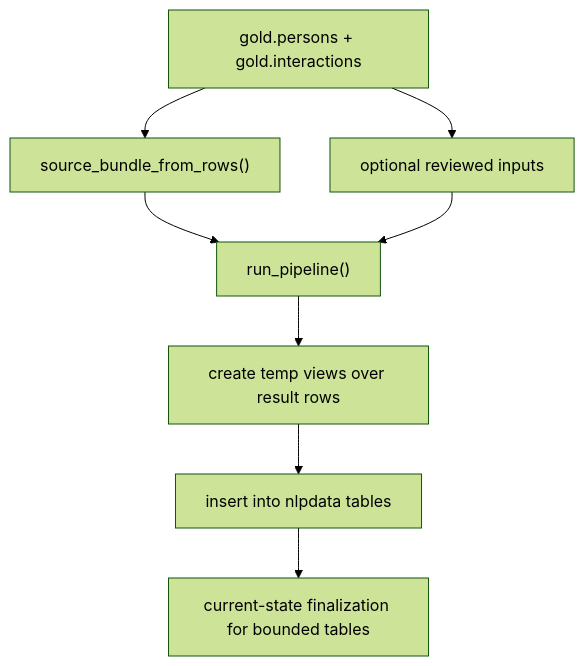
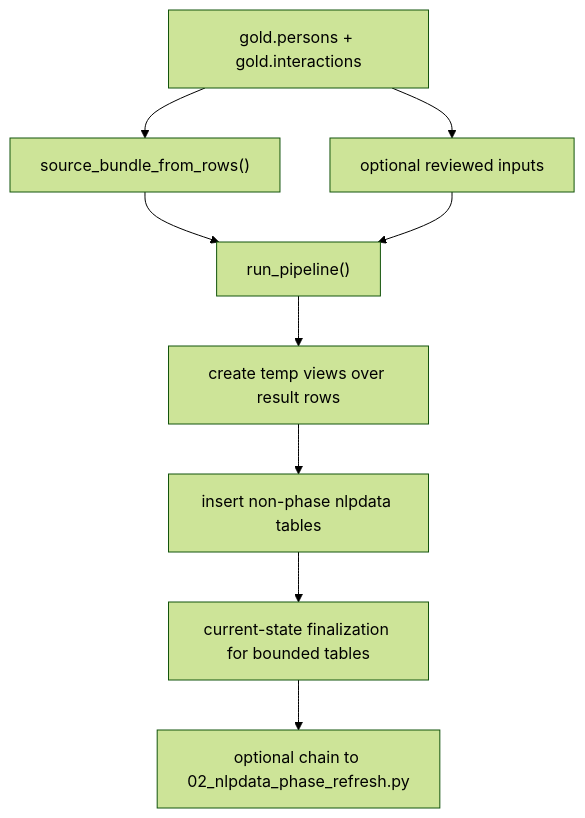
Before and after one commit to cscheib/archive-graph-spacy: diagram 14 of 16 in docs/PROCESS_TRANSFORMATIONS.md, drawn with Mermaid (forest theme). The commit also changed other lines of this file and 10 other files, not shown here.

````diff
--- a/docs/PROCESS_TRANSFORMATIONS.md
+++ b/docs/PROCESS_TRANSFORMATIONS.md
@@ -407,10 +412,11 @@
 ```mermaid
 flowchart TB
     A["gold.persons + gold.interactions"] --> B["source_bundle_from_rows()"]
     A --> C["optional reviewed inputs"]
     B --> D["run_pipeline()"]
     C --> D
     D --> E["create temp views over result rows"]
-    E --> F["insert into nlpdata tables"]
+    E --> F["insert non-phase nlpdata tables"]
     F --> G["current-state finalization for bounded tables"]
+    G --> H["optional chain to 02_nlpdata_phase_refresh.py"]
 ```
````
